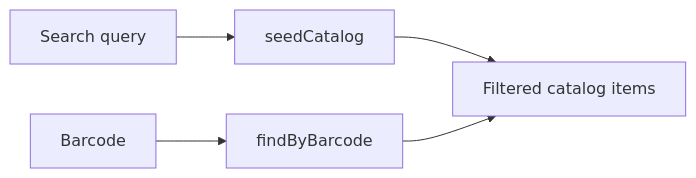
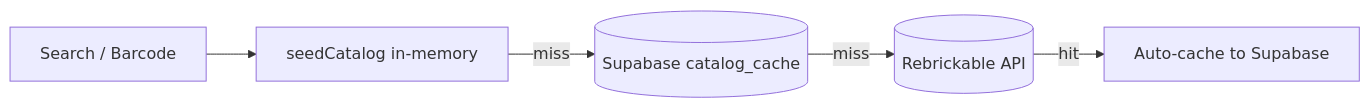
Before and after one commit to ahhrealmonstr/lego-tracker: the third of 3 diagrams in docs/architecture.md, drawn with Mermaid. The commit also changed other lines of this file and 26 other files, not shown here.

````diff
--- a/docs/architecture.md
+++ b/docs/architecture.md
@@ -96,7 +108,7 @@
 ```mermaid
 flowchart LR
-  Search[Search query] --> Seed[seedCatalog]
-  Seed --> Match[Filtered catalog items]
-  Barcode[Barcode] --> Lookup[findByBarcode]
-  Lookup --> Match
+  Query[Search / Barcode] --> Seed[seedCatalog in-memory]
+  Seed -- miss --> SupabaseCache[(Supabase catalog_cache)]
+  SupabaseCache -- miss --> Rebrickable[(Rebrickable API)]
+  Rebrickable -- hit --> AutoCache[Auto-cache to Supabase]
 ```
````
